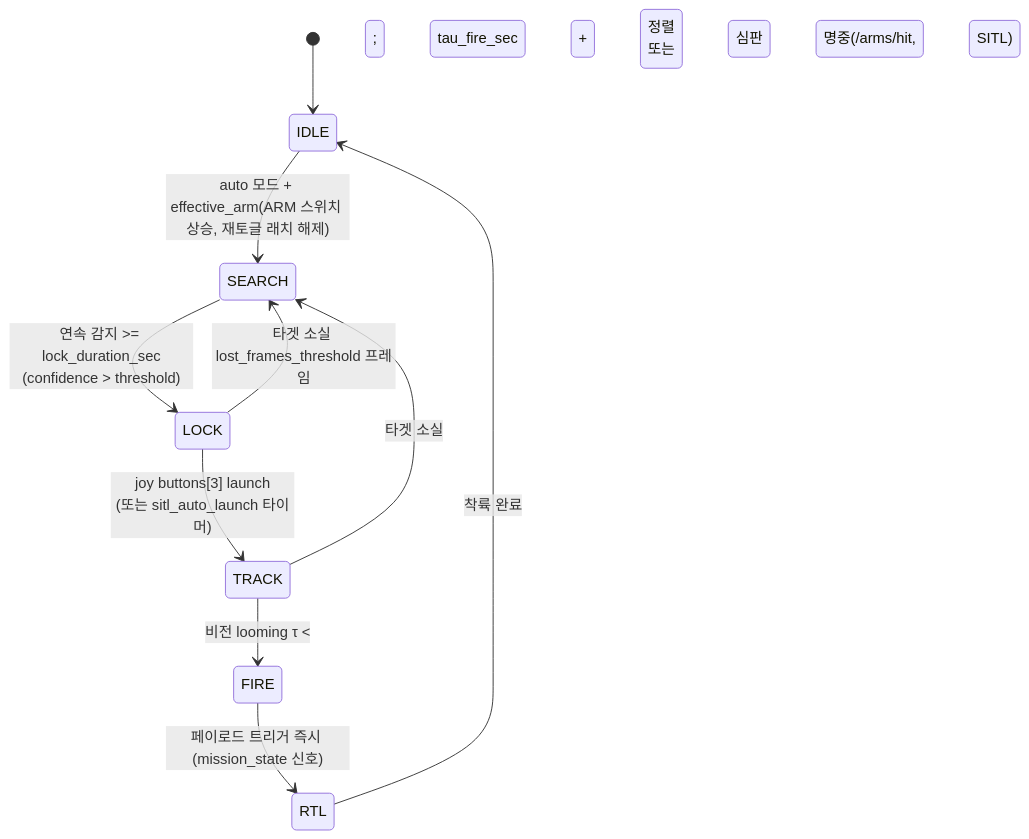
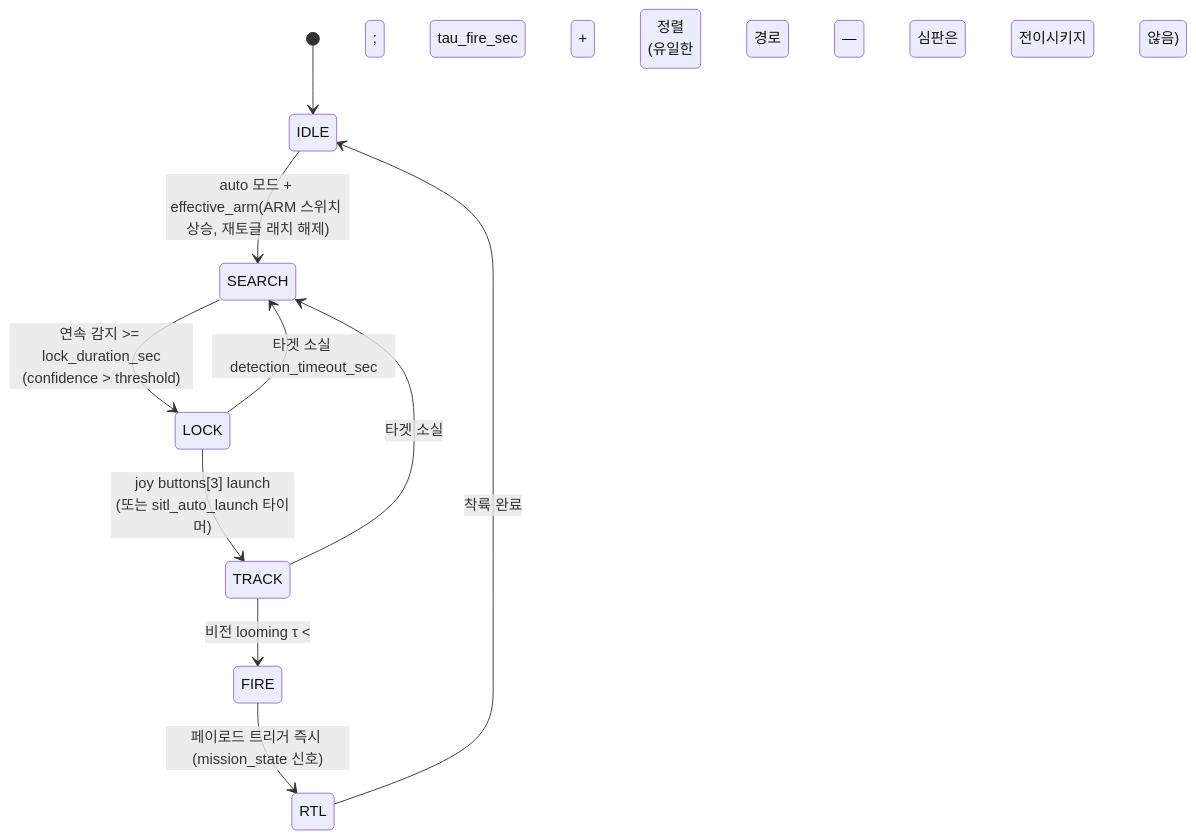
One commit to tokhun2002/A.R.M.S.-Anti-drone-Reusable-Modular-System- changed the third of 3 diagrams in SW/docs/DESIGN.md. Above: the diagram before and after it, drawn with Mermaid. The commit also changed other lines of this file and 8 other files, not shown here.

````diff
--- a/SW/docs/DESIGN.md
+++ b/SW/docs/DESIGN.md
@@ -243,17 +243,17 @@
 ```mermaid
 stateDiagram-v2
     [*] --> IDLE
 
     IDLE --> SEARCH : auto 모드 + effective_arm(ARM 스위치 상승, 재토글 래치 해제)
 
     SEARCH --> LOCK : 연속 감지 >= lock_duration_sec<br/>(confidence > threshold)
-    LOCK --> SEARCH : 타겟 소실 lost_frames_threshold 프레임
+    LOCK --> SEARCH : 타겟 소실 detection_timeout_sec
 
     LOCK --> TRACK : joy buttons[3] launch<br/>(또는 sitl_auto_launch 타이머)
     TRACK --> SEARCH : 타겟 소실
 
-    TRACK --> FIRE : 비전 looming τ &lt; tau_fire_sec + 정렬<br/>또는 심판 명중(/arms/hit, SITL)
+    TRACK --> FIRE : 비전 looming τ &lt; tau_fire_sec + 정렬<br/>(유일한 경로 — 심판은 전이시키지 않음)
     FIRE --> RTL : 페이로드 트리거 즉시 (mission_state 신호)
 
     RTL --> IDLE : 착륙 완료
 ```
````
